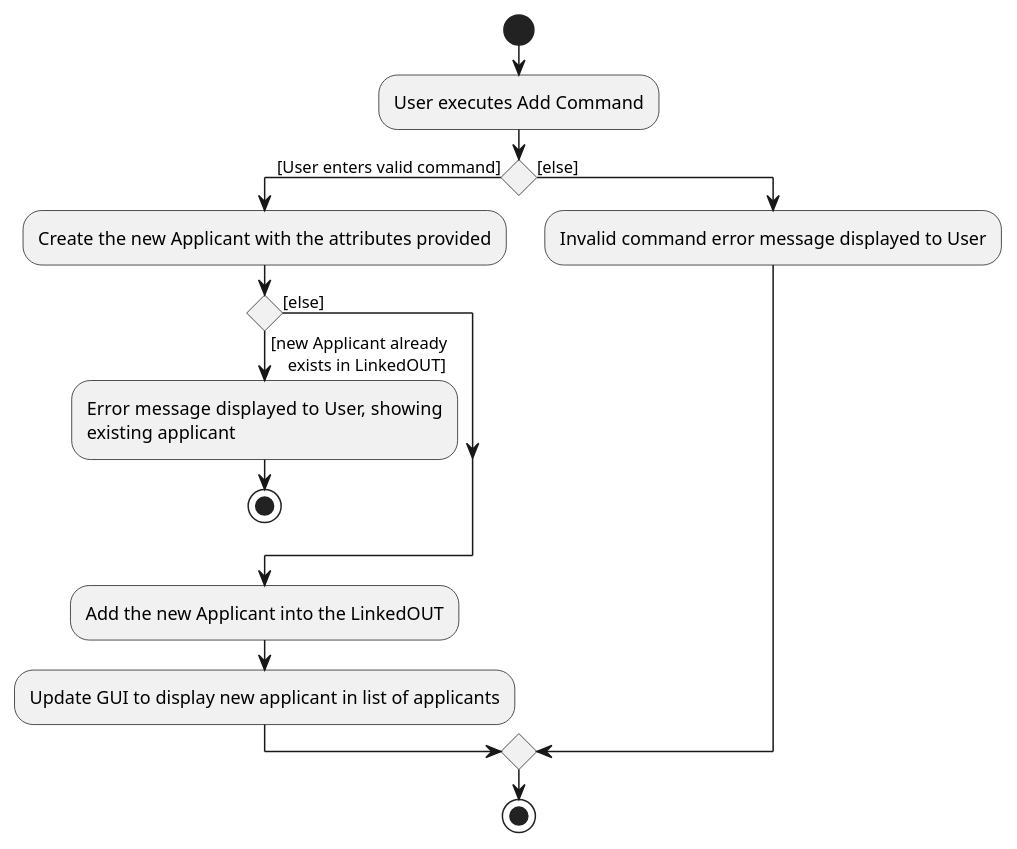
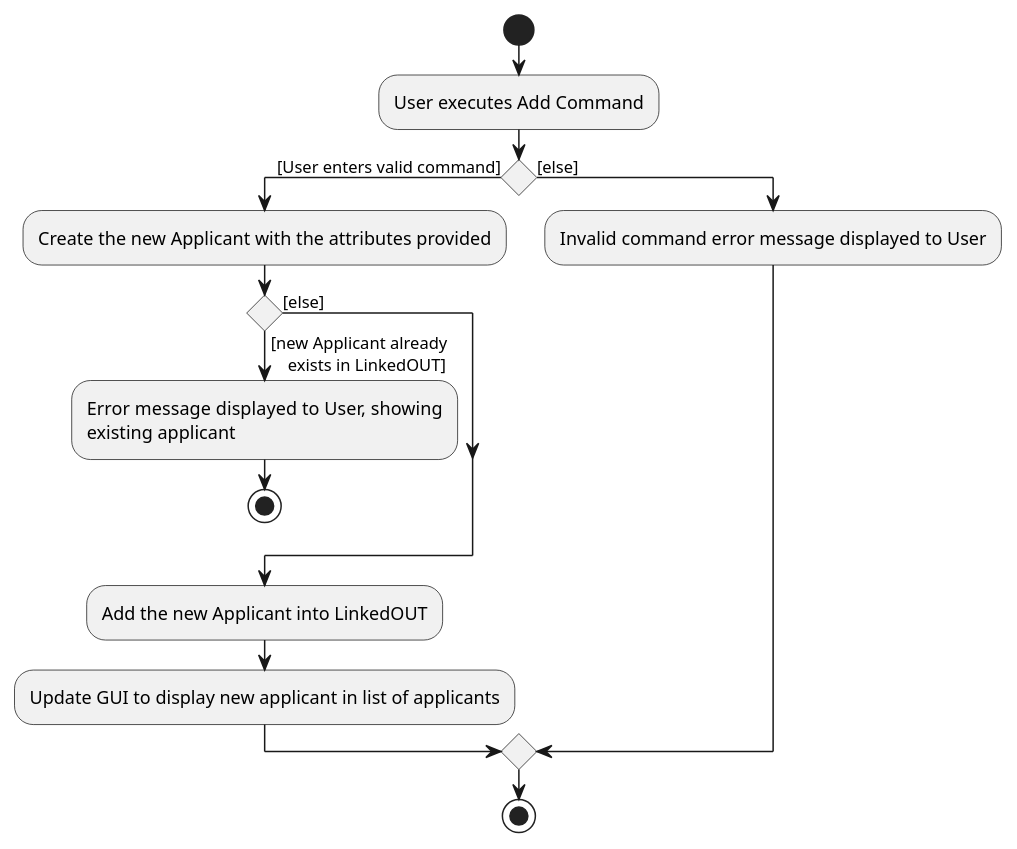
Before and after one commit to zzhikai/tp: the diagram in docs/diagrams/AddCommandActivityDiagram.puml, drawn with PlantUML. The commit also changed 1 other file, not shown here.

Commit message:
Update diagram

```diff
--- a/docs/diagrams/AddCommandActivityDiagram.puml
+++ b/docs/diagrams/AddCommandActivityDiagram.puml
@@ -1,30 +1,30 @@
 @startuml
 start
 :User executes Add Command;
 
 
 if () then ([User enters valid command])
 
     :Create the new Applicant with the attributes provided;
 
     if () then ([new Applicant already
     exists in LinkedOUT])
 
         :Error message displayed to User, showing
         existing applicant;
 
         stop
 
     else ([else])
     endif
 
-    :Add the new Applicant into the LinkedOUT;
+    :Add the new Applicant into LinkedOUT;
 
     :Update GUI to display new applicant in list of applicants;
 else ([else])
 
 :Invalid command error message displayed to User;
 
 endif
 stop
 @enduml
```
